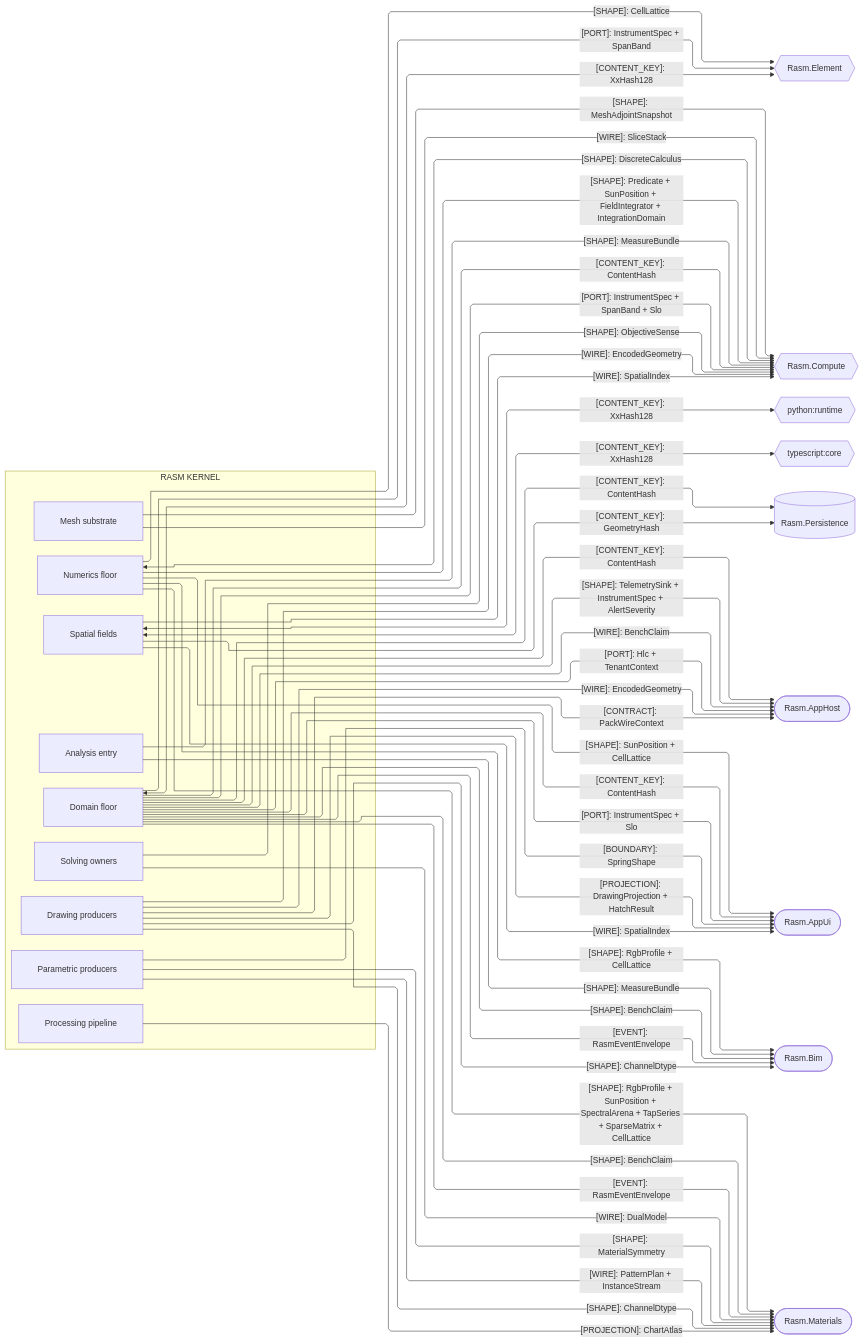
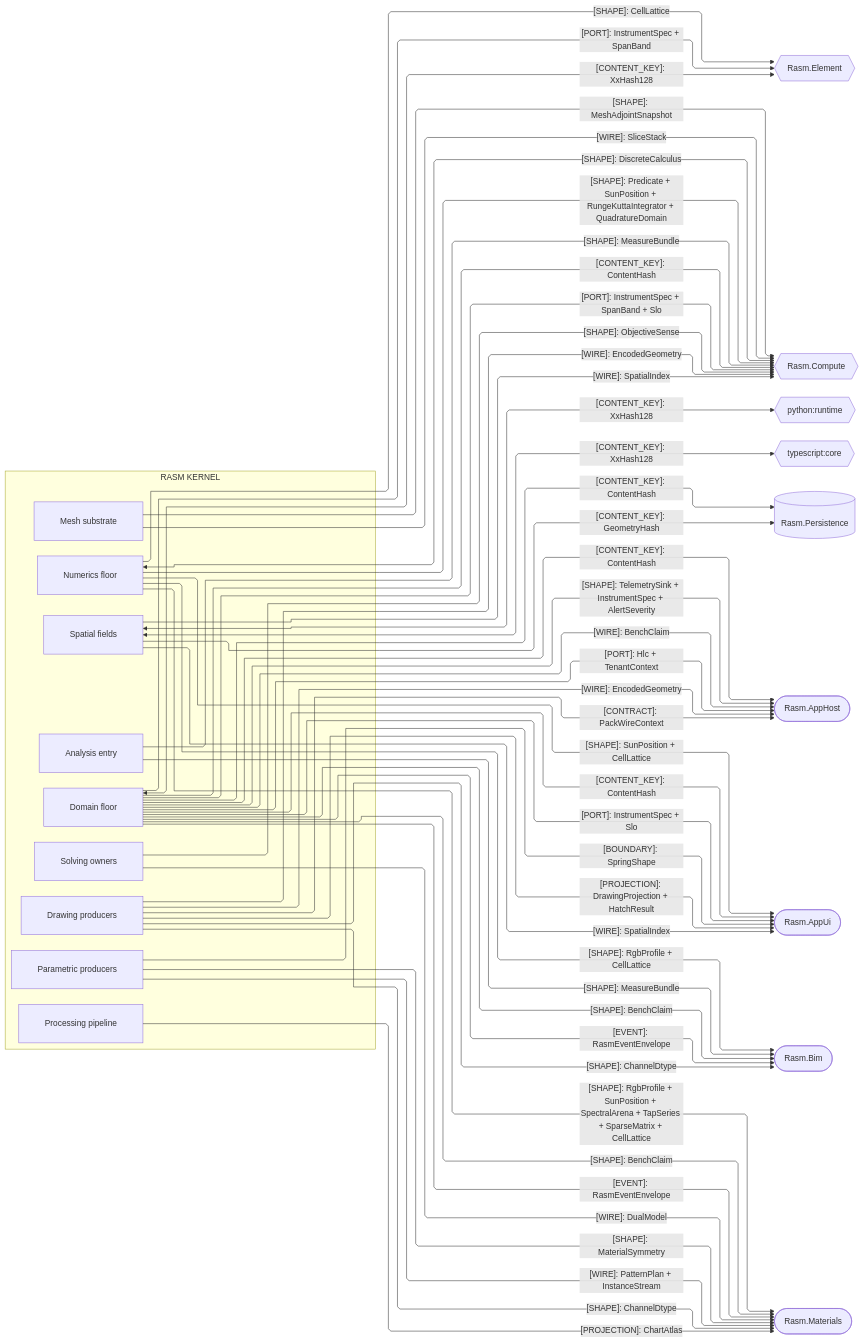
Before and after one commit to bsamiee/Rasm: the second of 4 diagrams in libs/dotnet/Rasm/ARCHITECTURE.md, drawn with Mermaid. The commit also changed other lines of this file and 99 other files, not shown here.

````diff
--- a/libs/dotnet/Rasm/ARCHITECTURE.md
+++ b/libs/dotnet/Rasm/ARCHITECTURE.md
@@ -171,74 +171,74 @@
 ```mermaid
 ---
 config:
   layout: elk
   flowchart:
     curve: linear
     padding: 25
 ---
 flowchart LR
     accTitle: Kernel content-key and compute-plane boundaries
     accDescr: Which content keys, shapes, ports, wires, and projections the kernel owners hand same-branch and cross-runtime peers.
     subgraph rasm[RASM KERNEL]
         Domain[Domain floor]
         Numerics[Numerics floor]
         Spatial[Spatial fields]
         Meshing[Mesh substrate]
         Parametric[Parametric producers]
         Processing[Processing pipeline]
         Solving[Solving owners]
         Drawing[Drawing producers]
         Analysis[Analysis entry]
     end
     Element{{Rasm.Element}}
     Compute{{Rasm.Compute}}
     Runtime{{python:runtime}}
     Core{{typescript:core}}
     Persistence[(Rasm.Persistence)]
     AppHost([Rasm.AppHost])
     AppUi([Rasm.AppUi])
     Bim([Rasm.Bim])
     Materials([Rasm.Materials])
     Domain e1@<-->|"[CONTENT_KEY]: XxHash128"| Element
     Domain e2@-->|"[PORT]: InstrumentSpec + SpanBand"| Element
     Domain e3@-->|"[CONTENT_KEY]: ContentHash"| Persistence
     Domain e4@-->|"[CONTENT_KEY]: ContentHash"| Compute
     Domain e5@-->|"[PORT]: InstrumentSpec + SpanBand + Slo"| Compute
     Domain e6@-->|"[CONTENT_KEY]: ContentHash"| AppHost
     Domain e7@-->|"[SHAPE]: TelemetrySink + InstrumentSpec + AlertSeverity"| AppHost
     Domain e8@-->|"[WIRE]: BenchClaim"| AppHost
     Domain e9@-->|"[PORT]: Hlc + TenantContext"| AppHost
     Domain e10@-->|"[CONTENT_KEY]: ContentHash"| AppUi
     Domain e11@-->|"[PORT]: InstrumentSpec + Slo"| AppUi
     Domain e12@-->|"[SHAPE]: BenchClaim"| Bim
     Domain e13@-->|"[EVENT]: RasmEventEnvelope"| Bim
     Domain e14@-->|"[SHAPE]: BenchClaim"| Materials
     Domain e15@-->|"[EVENT]: RasmEventEnvelope"| Materials
     Numerics e16@<-->|"[SHAPE]: DiscreteCalculus"| Compute
-    Numerics e17@-->|"[SHAPE]: Predicate + SunPosition + FieldIntegrator + IntegrationDomain"| Compute
+    Numerics e17@-->|"[SHAPE]: Predicate + SunPosition + RungeKuttaIntegrator + QuadratureDomain"| Compute
     Numerics e18@-->|"[SHAPE]: CellLattice"| Element
     Numerics e19@-->|"[SHAPE]: RgbProfile + CellLattice"| Bim
     Numerics e20@-->|"[SHAPE]: SunPosition + CellLattice"| AppUi
     Numerics e21@-->|"[SHAPE]: RgbProfile + SunPosition + SpectralArena + TapSeries + SparseMatrix + CellLattice"| Materials
     Spatial e22@<-->|"[CONTENT_KEY]: XxHash128"| Runtime
     Spatial e23@<-->|"[CONTENT_KEY]: XxHash128"| Core
     Spatial e24@-->|"[CONTENT_KEY]: GeometryHash"| Persistence
     Spatial e25@-->|"[WIRE]: SpatialIndex"| Compute
     Spatial e26@-->|"[WIRE]: SpatialIndex"| AppUi
     Meshing e27@-->|"[SHAPE]: MeshAdjointSnapshot"| Compute
     Meshing e28@-->|"[WIRE]: SliceStack"| Compute
     Parametric e29@-->|"[BOUNDARY]: SpringShape"| AppUi
     Parametric e30@-->|"[SHAPE]: MaterialSymmetry"| Materials
     Parametric e31@-->|"[WIRE]: PatternPlan + InstanceStream"| Materials
     Processing e32@-->|"[PROJECTION]: ChartAtlas"| Materials
     Solving e33@-->|"[SHAPE]: ObjectiveSense"| Compute
     Solving e34@-->|"[WIRE]: DualModel"| Materials
     Drawing e35@-->|"[WIRE]: EncodedGeometry"| Compute
     Drawing e36@-->|"[CONTRACT]: PackWireContext"| AppHost
     Drawing e37@-->|"[WIRE]: EncodedGeometry"| AppHost
     Drawing e38@-->|"[PROJECTION]: DrawingProjection + HatchResult"| AppUi
     Drawing e39@-->|"[SHAPE]: ChannelDtype"| Bim
     Drawing e40@-->|"[SHAPE]: ChannelDtype"| Materials
     Analysis e41@-->|"[SHAPE]: MeasureBundle"| Compute
     Analysis e42@-->|"[SHAPE]: MeasureBundle"| Bim
 ```
````
